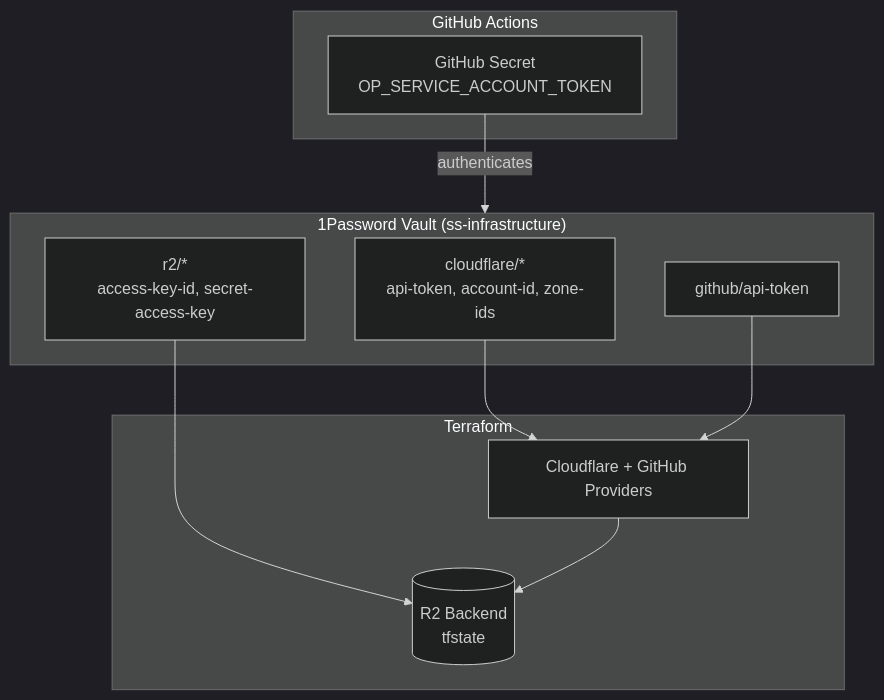
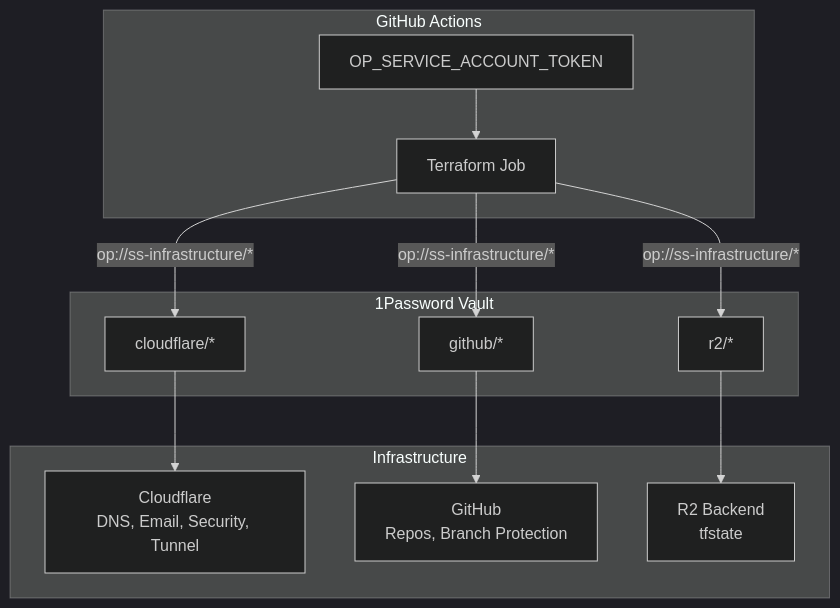
Before and after one commit to signalstratum/infrastructure: the first of 2 diagrams in README.md, drawn with Mermaid (dark theme). The commit also changed other lines of this file and 21 other files, not shown here.

````diff
--- a/README.md
+++ b/README.md
@@ -19,23 +18,25 @@
 ```mermaid
 flowchart TB
-    subgraph gh["GitHub Actions"]
-        secret["GitHub Secret<br/>OP_SERVICE_ACCOUNT_TOKEN"]
+    subgraph github["GitHub Actions"]
+        secret["OP_SERVICE_ACCOUNT_TOKEN"]
+        job["Terraform Job"]
     end
 
-    subgraph op["1Password Vault (ss-infrastructure)"]
-        cf["cloudflare/*<br/>api-token, account-id, zone-ids"]
-        ghtoken["github/api-token"]
-        r2["r2/*<br/>access-key-id, secret-access-key"]
+    subgraph op["1Password Vault"]
+        cf["cloudflare/*"]
+        gh["github/*"]
+        r2["r2/*"]
     end
 
-    subgraph tf["Terraform"]
-        state[("R2 Backend<br/>tfstate")]
-        providers["Cloudflare + GitHub Providers"]
+    subgraph infra["Infrastructure"]
+        cloudflare["Cloudflare<br/>DNS, Email, Security, Tunnel"]
+        github_api["GitHub<br/>Repos, Branch Protection"]
+        state["R2 Backend<br/>tfstate"]
     end
 
-    secret -->|authenticates| op
-    cf --> providers
-    ghtoken --> providers
+    secret --> job
+    job -->|"op://ss-infrastructure/*"| cf & gh & r2
+    cf --> cloudflare
+    gh --> github_api
     r2 --> state
-    providers --> state
 ```
````
